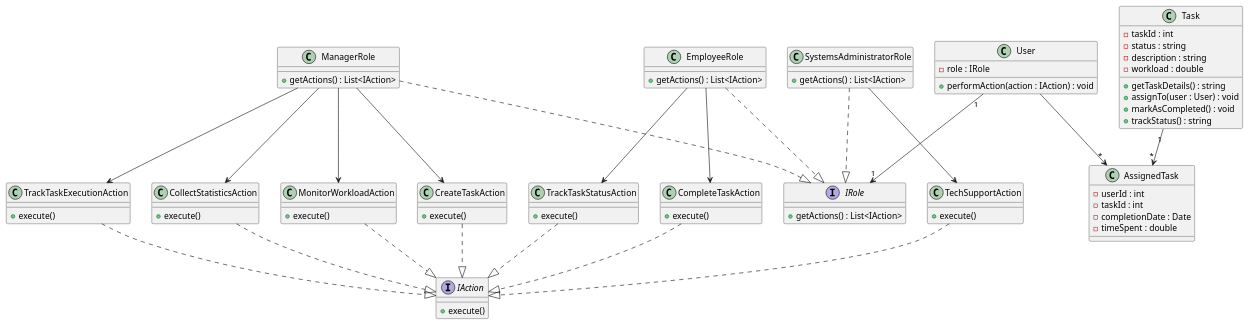
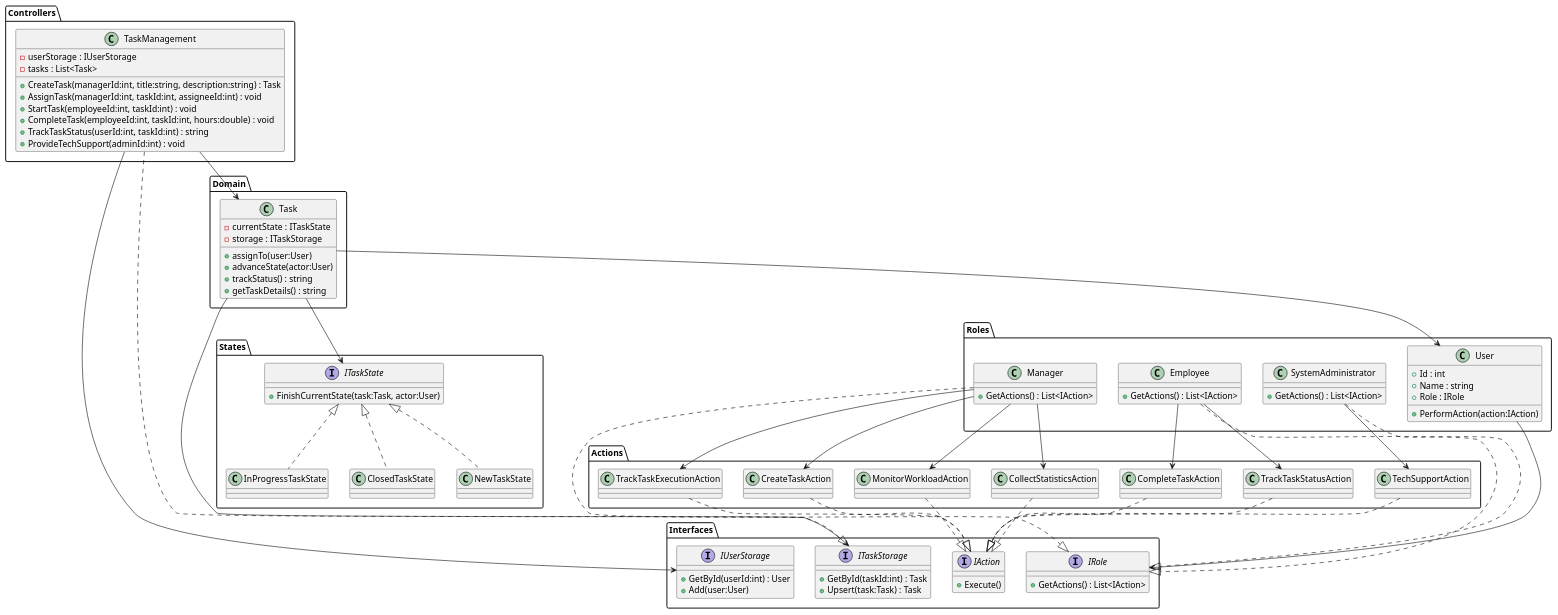
One commit to penamarth/bsbo-16-23_team3_var5_timemanagement changed the diagram in Модель предметной области.md. Above: the diagram before and after it, drawn with PlantUML. The commit also changed 25 other files, not shown here.

````diff
--- a/Модель предметной области.md
+++ b/Модель предметной области.md
@@ -5,105 +5,115 @@
 ```plantuml
 @startuml
-' Интерфейс для проверки доступных действий для роли
-interface IRole {
-+getActions() : List<IAction>
+package Interfaces {
+    interface IRole {
+        +GetActions() : List<IAction>
+    }
+    interface IAction {
+        +Execute()
+    }
+    interface IUserStorage {
+        +GetById(userId:int) : User
+        +Add(user:User)
+    }
+    interface ITaskStorage {
+        +GetById(taskId:int) : Task
+        +Upsert(task:Task) : Task
+    }
 }
 
-' Конкретные роли
-class ManagerRole {
-+getActions() : List<IAction>
-}
-class EmployeeRole {
-+getActions() : List<IAction>
-}
-class SystemsAdministratorRole {
-+getActions() : List<IAction>
+package Roles {
+    class Manager {
+        +GetActions() : List<IAction>
+    }
+    class Employee {
+        +GetActions() : List<IAction>
+    }
+    class SystemAdministrator {
+        +GetActions() : List<IAction>
+    }
+    class User {
+        +Id : int
+        +Name : string
+        +Role : IRole
+        +PerformAction(action:IAction)
+    }
+
+    Manager ..|> IRole
+    Employee ..|> IRole
+    SystemAdministrator ..|> IRole
 }
 
-' Конкретные роли реализуют интерфейс IRole
-ManagerRole ..|> IRole
-EmployeeRole ..|> IRole
-SystemsAdministratorRole ..|> IRole
+package Actions {
+    class CreateTaskAction
+    class TrackTaskExecutionAction
+    class CollectStatisticsAction
+    class MonitorWorkloadAction
+    class TrackTaskStatusAction
+    class CompleteTaskAction
+    class TechSupportAction
 
-' Определение интерфейса для действий
-interface IAction {
-+execute()
+    CreateTaskAction ..|> IAction
+    TrackTaskExecutionAction ..|> IAction
+    CollectStatisticsAction ..|> IAction
+    MonitorWorkloadAction ..|> IAction
+    TrackTaskStatusAction ..|> IAction
+    CompleteTaskAction ..|> IAction
+    TechSupportAction ..|> IAction
 }
 
-' Конкретные действия
-class CreateTaskAction {
-+execute()
-}
-class TrackTaskExecutionAction {
-+execute()
-}
-class CollectStatisticsAction {
-+execute()
-}
-class TechSupportAction {
-+execute()
-}
-class MonitorWorkloadAction {
-+execute()
-}
-class TrackTaskStatusAction {
-+execute()
-}
-class CompleteTaskAction {
-+execute()
+package Domain {
+    class Task {
+        -currentState : ITaskState
+        -storage : ITaskStorage
+        +assignTo(user:User)
+        +advanceState(actor:User)
+        +trackStatus() : string
+        +getTaskDetails() : string
+    }
 }
 
-' Действия реализуют интерфейс IAction
-CreateTaskAction ..|> IAction
-TrackTaskExecutionAction ..|> IAction
-CollectStatisticsAction ..|> IAction
-TechSupportAction ..|> IAction
-MonitorWorkloadAction ..|> IAction
-TrackTaskStatusAction ..|> IAction
-CompleteTaskAction ..|> IAction
+package States {
+    interface ITaskState {
+        +FinishCurrentState(task:Task, actor:User)
+    }
+    class NewTaskState
+    class InProgressTaskState
+    class ClosedTaskState
 
-' Пользователь
-class User {
--role : IRole
-+performAction(action : IAction) : void
+    ITaskState <|.. NewTaskState
+    ITaskState <|.. InProgressTaskState
+    ITaskState <|.. ClosedTaskState
 }
 
-' Задача
-class Task {
--taskId : int
--status : string
--description : string
--workload : double
-+getTaskDetails() : string
-+assignTo(user : User) : void
-+markAsCompleted() : void
-+trackStatus() : string
+package Controllers {
+    class TaskManagement {
+        -userStorage : IUserStorage
+        -tasks : List<Task>
+        +CreateTask(managerId:int, title:string, description:string) : Task
+        +AssignTask(managerId:int, taskId:int, assigneeId:int) : void
+        +StartTask(employeeId:int, taskId:int) : void
+        +CompleteTask(employeeId:int, taskId:int, hours:double) : void
+        +TrackTaskStatus(userId:int, taskId:int) : string
+        +ProvideTechSupport(adminId:int) : void
+    }
 }
 
-' Промежуточная таблица для связи пользователя и задачи
-class AssignedTask {
--userId : int
--taskId : int
--completionDate : Date
--timeSpent : double
-}
+TaskManagement ..|> ITaskStorage
+TaskManagement --> IUserStorage
+TaskManagement --> Task
+Task --> User
+Task --> ITaskState
+Task --> ITaskStorage
+User --> IRole
 
-' Связь пользователя с ролью
-User "1" --> "1" IRole
-User --> "*" AssignedTask
+Manager --> CreateTaskAction
+Manager --> TrackTaskExecutionAction
+Manager --> CollectStatisticsAction
+Manager --> MonitorWorkloadAction
 
-' Связь задачи с промежуточной таблицей
-Task "1" --> "*" AssignedTask
+Employee --> TrackTaskStatusAction
+Employee --> CompleteTaskAction
 
-' Связи ролей с действиями
-ManagerRole --> CreateTaskAction
-ManagerRole --> TrackTaskExecutionAction
-ManagerRole --> CollectStatisticsAction
-ManagerRole --> MonitorWorkloadAction
-
-EmployeeRole --> TrackTaskStatusAction
-EmployeeRole --> CompleteTaskAction
-
-SystemsAdministratorRole --> TechSupportAction
+SystemAdministrator --> TechSupportAction
 @enduml
 ```
````
